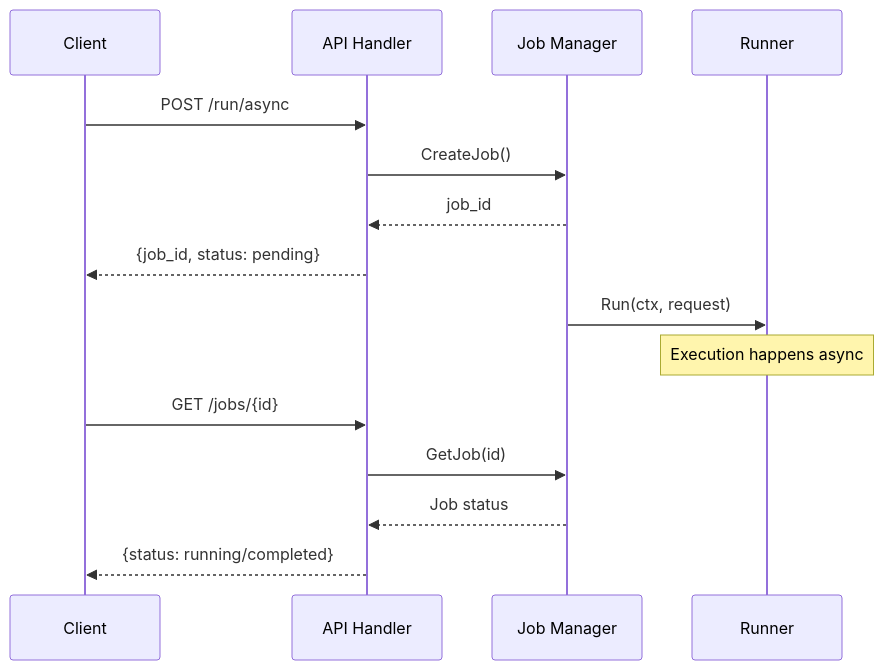
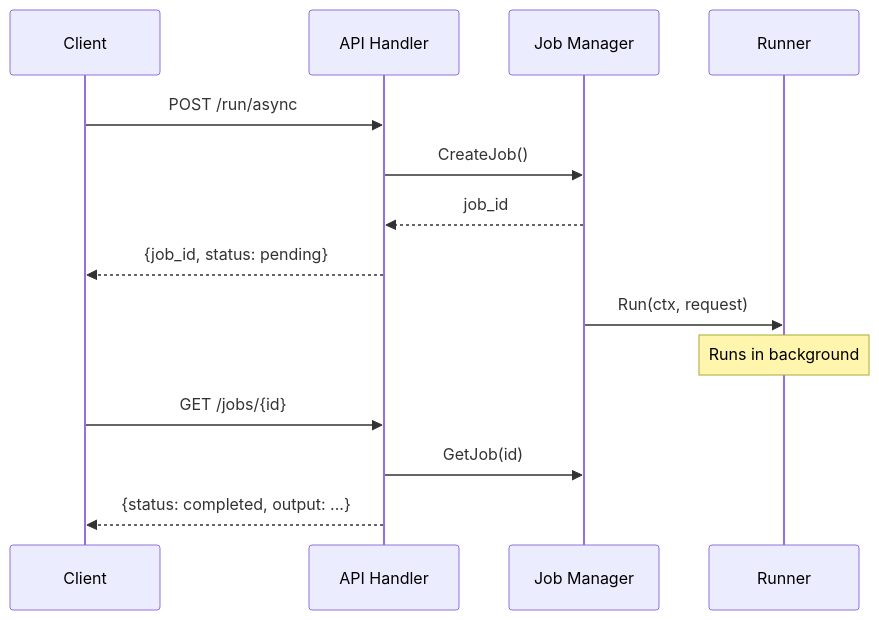
Before and after one commit to tomblancdev/stromboli: the third of 4 diagrams in docs/development/architecture.md, drawn with Mermaid. The commit also changed other lines of this file and 37 other files, not shown here.

````diff
--- a/docs/development/architecture.md
+++ b/docs/development/architecture.md
@@ -129,20 +95,19 @@
 ```mermaid
 sequenceDiagram
     participant C as Client
     participant A as API Handler
     participant J as Job Manager
     participant R as Runner
 
     C->>A: POST /run/async
     A->>J: CreateJob()
     J-->>A: job_id
     A-->>C: {job_id, status: pending}
 
     J->>R: Run(ctx, request)
-    Note over R: Execution happens async
+    Note over R: Runs in background
 
     C->>A: GET /jobs/{id}
     A->>J: GetJob(id)
-    J-->>A: Job status
-    A-->>C: {status: running/completed}
+    A-->>C: {status: completed, output: ...}
 ```
````
